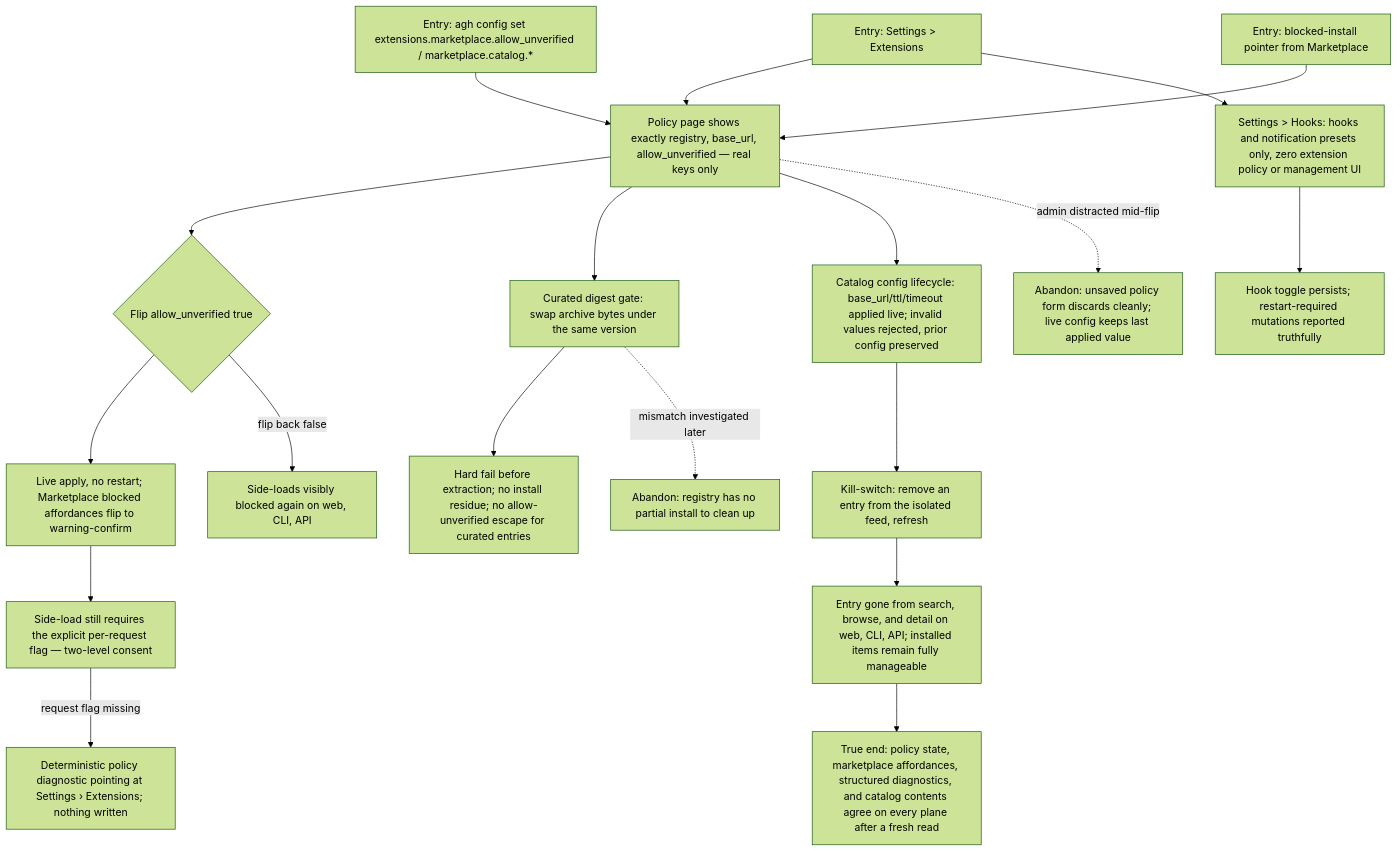
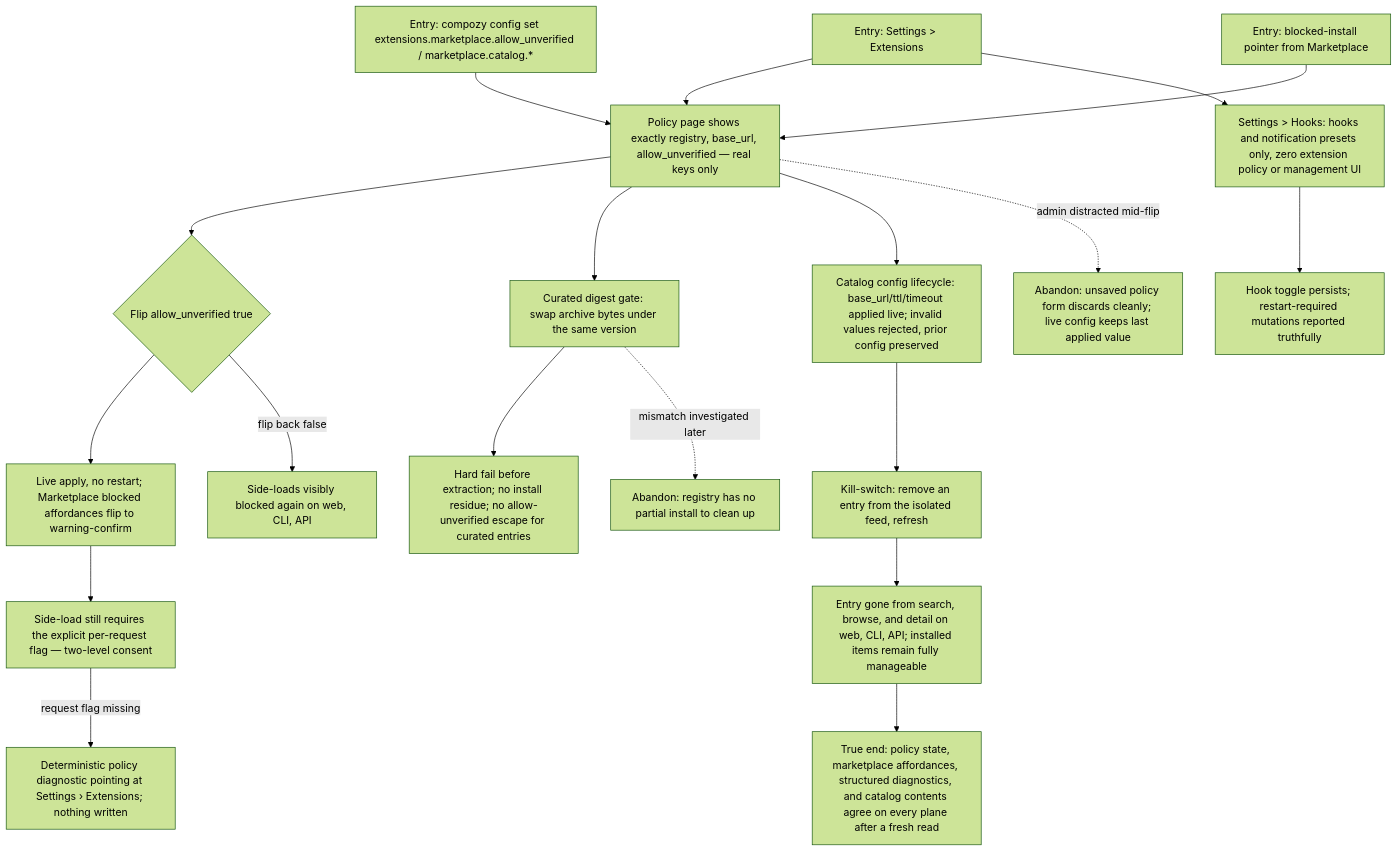
One commit to compozy/compozy changed the diagram in docs/qa/journeys/J-extension-policy-admin.md. Above: the diagram before and after it, drawn with Mermaid (forest theme). The commit also changed other lines of this file and 831 other files, not shown here.

````diff
--- a/docs/qa/journeys/J-extension-policy-admin.md
+++ b/docs/qa/journeys/J-extension-policy-admin.md
@@ -5,21 +5,21 @@
 ```mermaid
 flowchart TD
   A[Entry: Settings > Extensions] --> B[Policy page shows exactly registry, base_url, allow_unverified — real keys only]
-  A2[Entry: agh config set extensions.marketplace.allow_unverified / marketplace.catalog.*] --> B
+  A2[Entry: compozy config set extensions.marketplace.allow_unverified / marketplace.catalog.*] --> B
   A3[Entry: blocked-install pointer from Marketplace] --> B
   B --> C{Flip allow_unverified true}
   C --> D[Live apply, no restart; Marketplace blocked affordances flip to warning-confirm]
   D --> E[Side-load still requires the explicit per-request flag — two-level consent]
   E -->|request flag missing| E2[Deterministic policy diagnostic pointing at Settings › Extensions; nothing written]
   C -->|flip back false| F[Side-loads visibly blocked again on web, CLI, API]
   B --> G[Curated digest gate: swap archive bytes under the same version]
   G --> G2[Hard fail before extraction; no install residue; no allow-unverified escape for curated entries]
   B --> H[Catalog config lifecycle: base_url/ttl/timeout applied live; invalid values rejected, prior config preserved]
   H --> I[Kill-switch: remove an entry from the isolated feed, refresh]
   I --> J[Entry gone from search, browse, and detail on web, CLI, API; installed items remain fully manageable]
   A --> K[Settings > Hooks: hooks and notification presets only, zero extension policy or management UI]
   K --> K2[Hook toggle persists; restart-required mutations reported truthfully]
   B -.->|admin distracted mid-flip| X1[Abandon: unsaved policy form discards cleanly; live config keeps last applied value]
   G -.->|mismatch investigated later| X2[Abandon: registry has no partial install to clean up]
   J --> Z[True end: policy state, marketplace affordances, structured diagnostics, and catalog contents agree on every plane after a fresh read]
 ```
````
